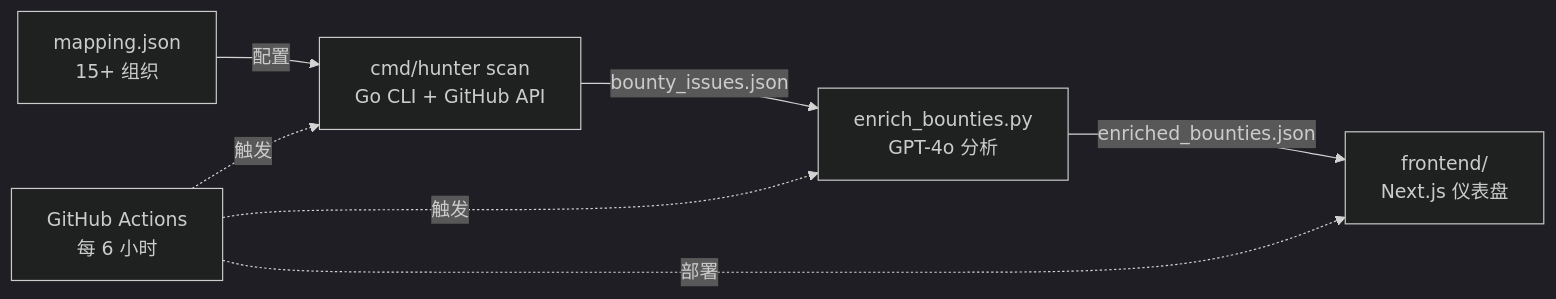
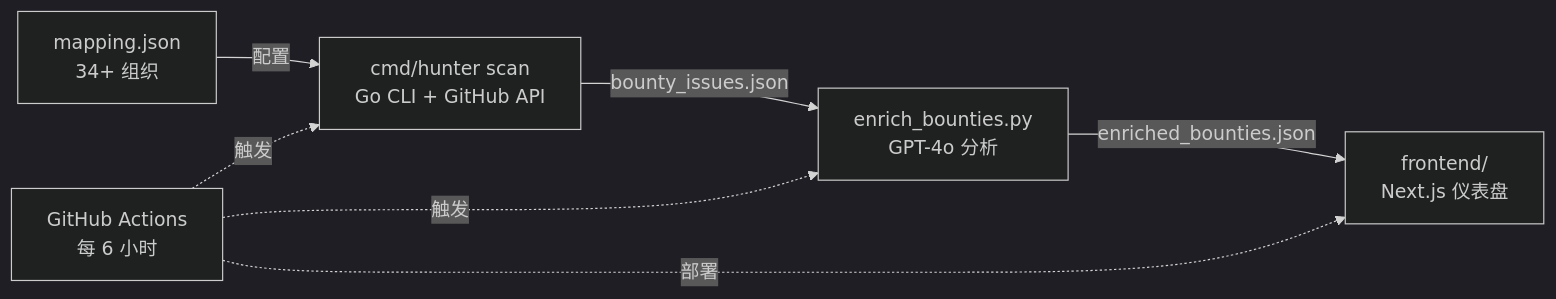
The diagram in README_CN.md (FuZoe/PD-Hunter), drawn with Mermaid (dark theme) before and after one commit. The commit also changed other lines of this file and 3 other files, not shown here.

````diff
--- a/README_CN.md
+++ b/README_CN.md
@@ -66,9 +66,9 @@
 ```mermaid
 flowchart LR
-    A[mapping.json<br/>15+ 组织] -->|配置| B[cmd/hunter scan<br/>Go CLI + GitHub API]
+    A[mapping.json<br/>34+ 组织] -->|配置| B[cmd/hunter scan<br/>Go CLI + GitHub API]
     B -->|bounty_issues.json| C[enrich_bounties.py<br/>GPT-4o 分析]
     C -->|enriched_bounties.json| D[frontend/<br/>Next.js 仪表盘]
     E[GitHub Actions<br/>每 6 小时] -.->|触发| B
     E -.->|触发| C
     E -.->|部署| D
 ```
````
